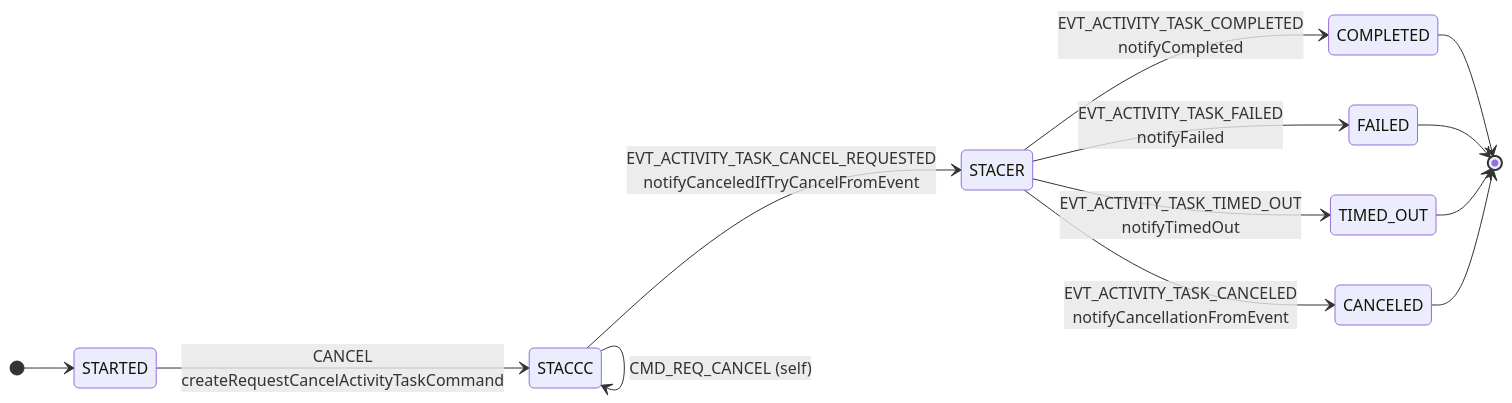
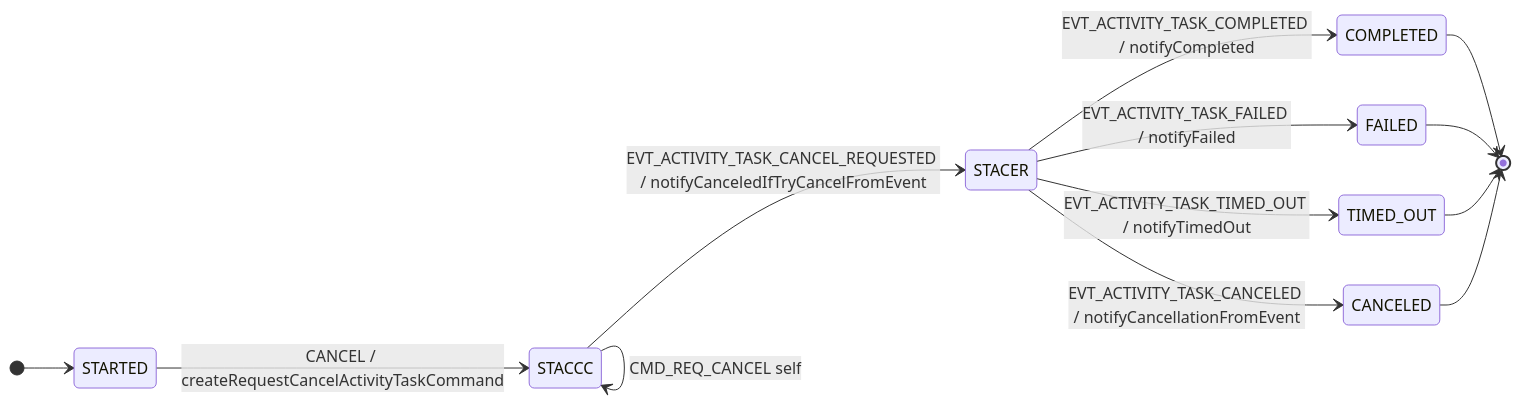
Before and after one commit to HyoungDaeKim/temporalio-samples-java: the sixth of 10 diagrams in doc/temporal/14-state-machines.md, drawn with Mermaid. The commit also changed other lines of this file and 2 other files, not shown here.

````diff
--- a/doc/temporal/14-state-machines.md
+++ b/doc/temporal/14-state-machines.md
@@ -329,16 +328,16 @@
 ```mermaid
 stateDiagram-v2
     direction LR
     [*] --> STARTED
-    STARTED --> STACCC : CANCEL<br/>createRequestCancelActivityTaskCommand
-    STACCC --> STACCC : CMD_REQ_CANCEL (self)
-    STACCC --> STACER : EVT_ACTIVITY_TASK_CANCEL_REQUESTED<br/>notifyCanceledIfTryCancelFromEvent
-    STACER --> COMPLETED : EVT_ACTIVITY_TASK_COMPLETED<br/>notifyCompleted
-    STACER --> FAILED : EVT_ACTIVITY_TASK_FAILED<br/>notifyFailed
-    STACER --> TIMED_OUT : EVT_ACTIVITY_TASK_TIMED_OUT<br/>notifyTimedOut
-    STACER --> CANCELED : EVT_ACTIVITY_TASK_CANCELED<br/>notifyCancellationFromEvent
+    STARTED --> STACCC : CANCEL / createRequestCancelActivityTaskCommand
+    STACCC --> STACCC : CMD_REQ_CANCEL self
+    STACCC --> STACER : EVT_ACTIVITY_TASK_CANCEL_REQUESTED / notifyCanceledIfTryCancelFromEvent
+    STACER --> COMPLETED : EVT_ACTIVITY_TASK_COMPLETED / notifyCompleted
+    STACER --> FAILED : EVT_ACTIVITY_TASK_FAILED / notifyFailed
+    STACER --> TIMED_OUT : EVT_ACTIVITY_TASK_TIMED_OUT / notifyTimedOut
+    STACER --> CANCELED : EVT_ACTIVITY_TASK_CANCELED / notifyCancellationFromEvent
     COMPLETED --> [*]
     FAILED --> [*]
     TIMED_OUT --> [*]
     CANCELED --> [*]
 ```
````
